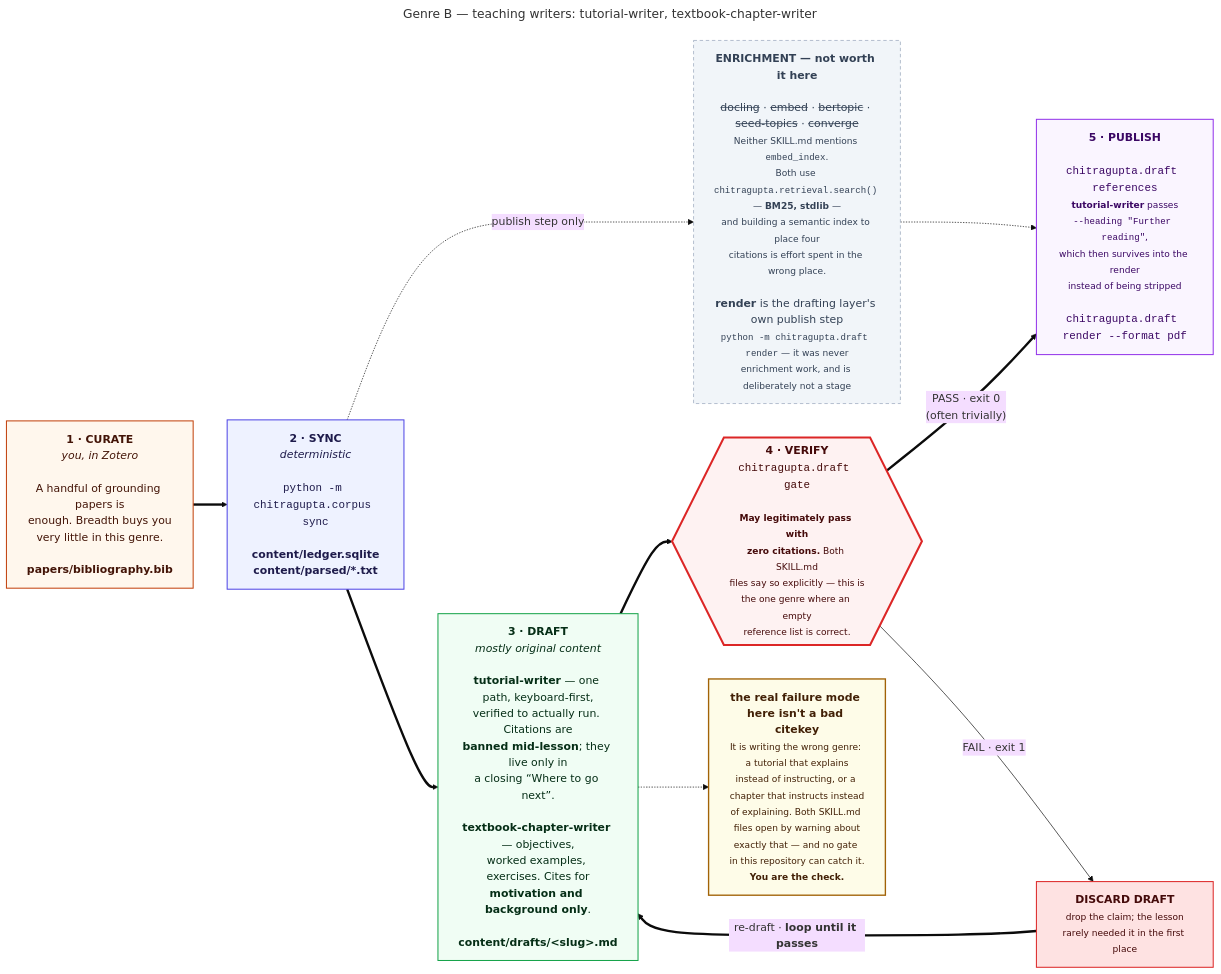
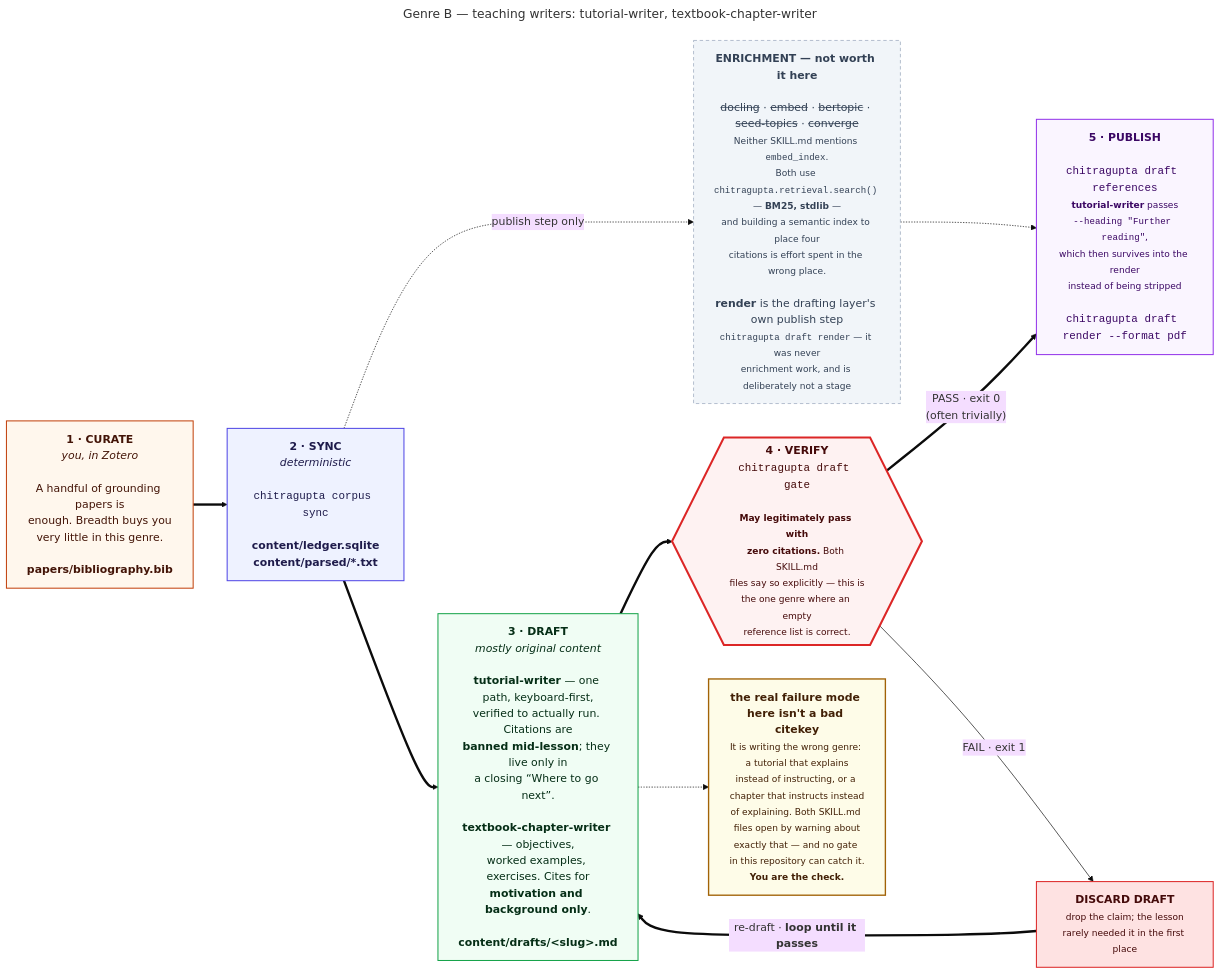
One commit to prasadtalasila/chitragupta changed the diagram in docs/diagrams/g2-teaching.mmd. Above: the diagram before and after it, drawn with Mermaid (base theme). The commit also changed 19 other files, not shown here.

```diff
--- a/docs/diagrams/g2-teaching.mmd
+++ b/docs/diagrams/g2-teaching.mmd
@@ -1,46 +1,46 @@
 ---
 title: "Genre B — teaching writers: tutorial-writer, textbook-chapter-writer"
 ---
 flowchart LR
 
   P0["<b>1 · CURATE</b><br/><i>you, in Zotero</i><br/><br/>A handful of grounding papers is<br/>enough. Breadth buys you<br/>very little in this genre.<br/><br/><b>papers/bibliography.bib</b>"]
 
-  P1["<b>2 · SYNC</b><br/><i>deterministic</i><br/><br/><code>python -m chitragupta.corpus sync</code><br/><br/><b>content/ledger.sqlite</b><br/><b>content/parsed/*.txt</b>"]
+  P1["<b>2 · SYNC</b><br/><i>deterministic</i><br/><br/><code>chitragupta corpus sync</code><br/><br/><b>content/ledger.sqlite</b><br/><b>content/parsed/*.txt</b>"]
 
-  HEAVY["<b>ENRICHMENT — not worth it here</b><br/><br/><s>docling</s> · <s>embed</s> · <s>bertopic</s> · <s>seed-topics</s> · <s>converge</s><br/><small>Neither SKILL.md mentions <code>embed_index</code>.<br/>Both use <code>chitragupta.retrieval.search()</code> — <b>BM25, stdlib</b> —<br/>and building a semantic index to place four<br/>citations is effort spent in the wrong place.</small><br/><br/><b>render</b> is the drafting layer's own publish step<br/><small><code>python -m chitragupta.draft render</code> — it was never<br/>enrichment work, and is deliberately not a stage</small>"]
+  HEAVY["<b>ENRICHMENT — not worth it here</b><br/><br/><s>docling</s> · <s>embed</s> · <s>bertopic</s> · <s>seed-topics</s> · <s>converge</s><br/><small>Neither SKILL.md mentions <code>embed_index</code>.<br/>Both use <code>chitragupta.retrieval.search()</code> — <b>BM25, stdlib</b> —<br/>and building a semantic index to place four<br/>citations is effort spent in the wrong place.</small><br/><br/><b>render</b> is the drafting layer's own publish step<br/><small><code>chitragupta draft render</code> — it was never<br/>enrichment work, and is deliberately not a stage</small>"]
 
   P2["<b>3 · DRAFT</b><br/><i>mostly original content</i><br/><br/><b>tutorial-writer</b> — one path, keyboard-first,<br/>verified to actually run. Citations are<br/><b>banned mid-lesson</b>; they live only in<br/>a closing “Where to go next”.<br/><br/><b>textbook-chapter-writer</b> — objectives,<br/>worked examples, exercises. Cites for<br/><b>motivation and background only</b>.<br/><br/><b>content/drafts/&lt;slug&gt;.md</b>"]
 
-  P3{{"<b>4 · VERIFY</b><br/><code>chitragupta.draft gate</code><br/><br/><small><b>May legitimately pass with<br/>zero citations.</b> Both SKILL.md<br/>files say so explicitly — this is<br/>the one genre where an empty<br/>reference list is correct.</small>"}}
+  P3{{"<b>4 · VERIFY</b><br/><code>chitragupta draft gate</code><br/><br/><small><b>May legitimately pass with<br/>zero citations.</b> Both SKILL.md<br/>files say so explicitly — this is<br/>the one genre where an empty<br/>reference list is correct.</small>"}}
 
   FIX["<b>DISCARD DRAFT</b><br/><small>drop the claim; the lesson<br/>rarely needed it in the first place</small>"]
 
-  P4["<b>5 · PUBLISH</b><br/><br/><code>chitragupta.draft references</code><br/><small><b>tutorial-writer</b> passes<br/><code>--heading &quot;Further reading&quot;</code>,<br/>which then survives into the render<br/>instead of being stripped</small><br/><br/><code>chitragupta.draft render --format pdf</code>"]
+  P4["<b>5 · PUBLISH</b><br/><br/><code>chitragupta draft references</code><br/><small><b>tutorial-writer</b> passes<br/><code>--heading &quot;Further reading&quot;</code>,<br/>which then survives into the render<br/>instead of being stripped</small><br/><br/><code>chitragupta draft render --format pdf</code>"]
 
   RISK["<b>the real failure mode here isn't a bad citekey</b><br/><small>It is writing the wrong genre: a tutorial that explains<br/>instead of instructing, or a chapter that instructs instead<br/>of explaining. Both SKILL.md files open by warning about<br/>exactly that — and no gate in this repository can catch it.<br/><b>You are the check.</b></small>"]
 
   P0 ==> P1 ==> P2 ==> P3
   P1 -. "publish step only" .-> HEAVY
   HEAVY -.-> P4
   P3 == "PASS · exit 0<br/>(often trivially)" ==> P4
   P3 -- "FAIL · exit 1" --> FIX
   FIX == "re-draft · <b>loop until it passes</b>" ==> P2
   P2 -.-> RISK
 
   classDef you fill:#fff7ed,stroke:#c2410c,stroke-width:1.5px,color:#431407
   classDef det fill:#eef2ff,stroke:#4f46e5,stroke-width:1.5px,color:#1e1b4b
   classDef gen fill:#f0fdf4,stroke:#16a34a,stroke-width:1.5px,color:#052e16
   classDef gate fill:#fef2f2,stroke:#dc2626,stroke-width:3px,color:#450a0a
   classDef out fill:#faf5ff,stroke:#9333ea,stroke-width:1.5px,color:#3b0764
   classDef bad fill:#fee2e2,stroke:#dc2626,stroke-width:1.5px,color:#450a0a
   classDef off fill:#f1f5f9,stroke:#94a3b8,stroke-dasharray:5 4,color:#334155
   classDef risk fill:#fefce8,stroke:#a16207,stroke-width:2px,color:#422006
 
   class P0 you
   class P1 det
   class P2 gen
   class P3 gate
   class P4 out
   class FIX bad
   class HEAVY off
   class RISK risk
```
